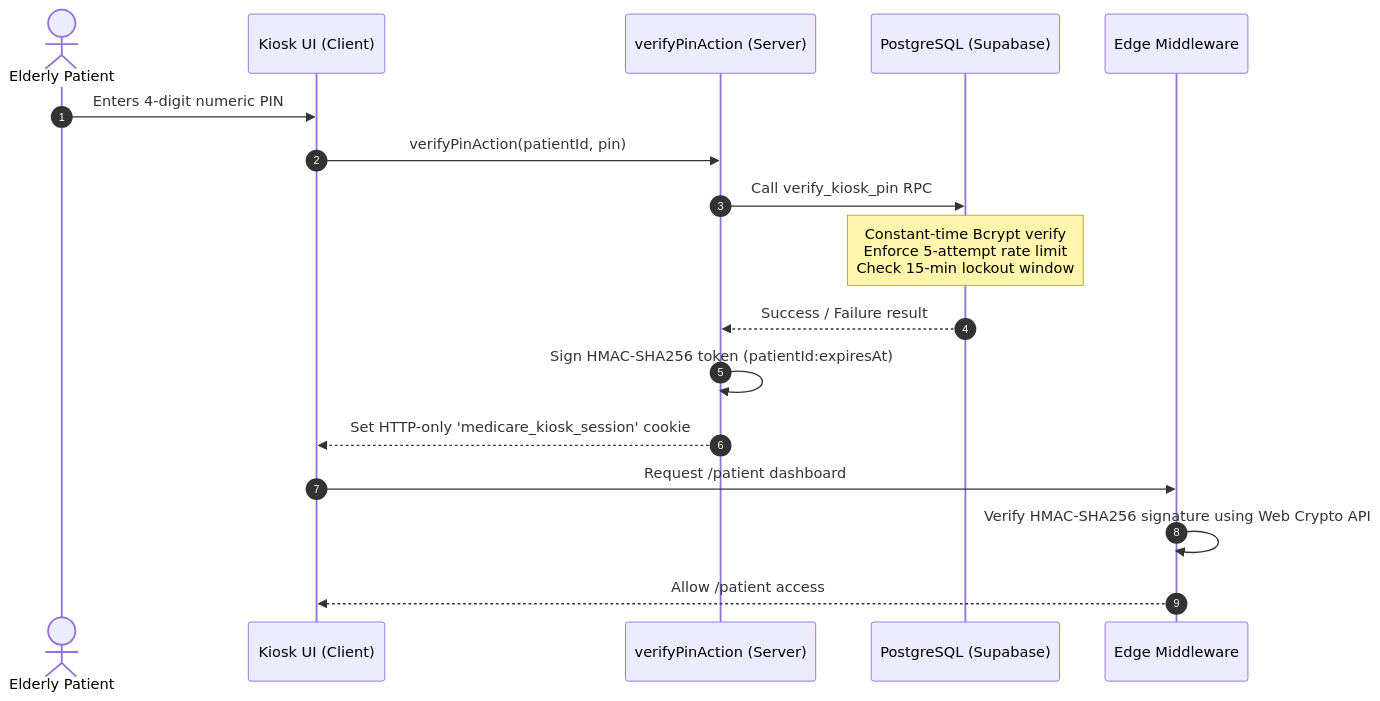
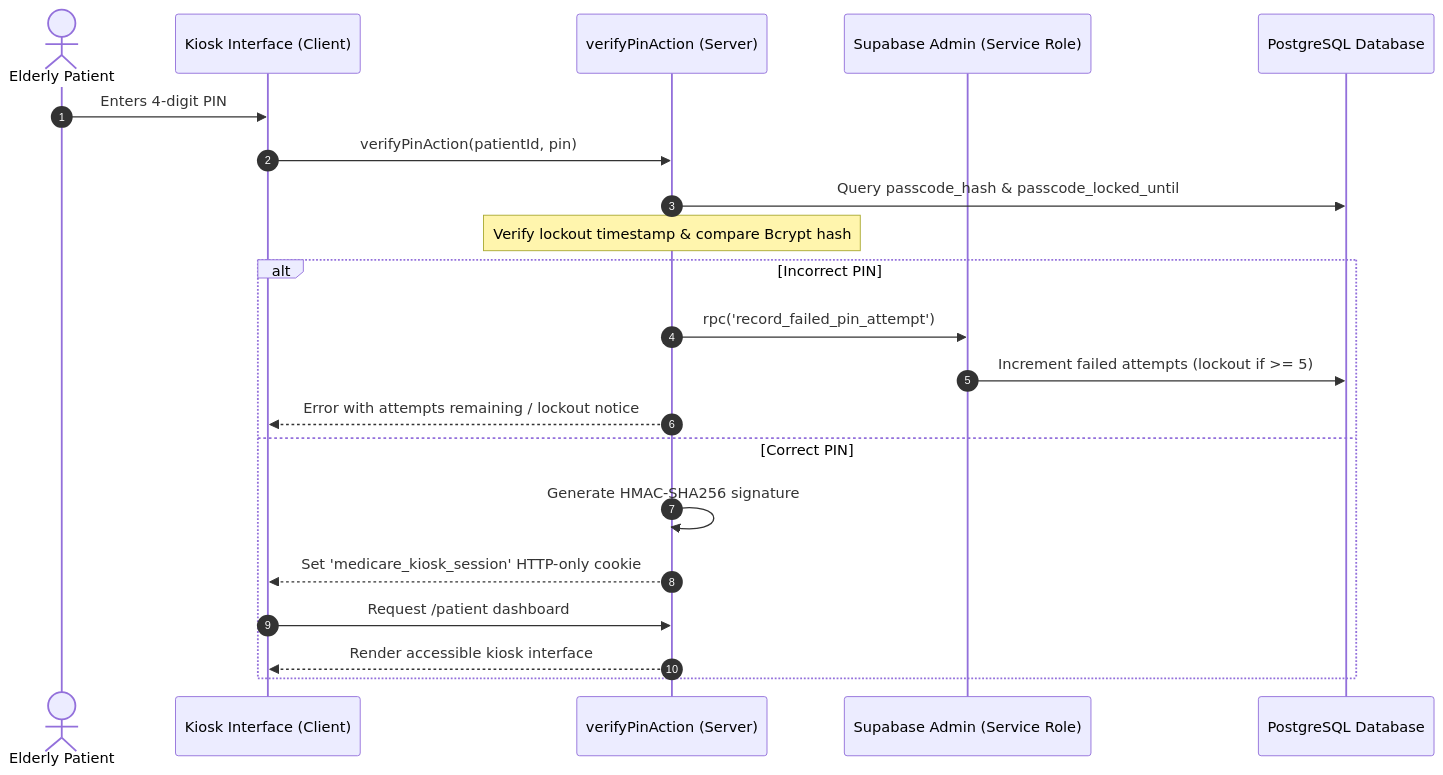
The second of 3 diagrams in docs/ARCHITECTURE.md (2k24cs1k2412828-cloud/medibuddy_xcatalyst), drawn with Mermaid before and after one commit. The commit also changed other lines of this file and 12 other files, not shown here.

````diff
--- a/docs/ARCHITECTURE.md
+++ b/docs/ARCHITECTURE.md
@@ -133,20 +153,24 @@
 ```mermaid
 sequenceDiagram
     autonumber
     actor Patient as Elderly Patient
-    participant Client as Kiosk UI (Client)
+    participant KioskUI as Kiosk Interface (Client)
     participant Action as verifyPinAction (Server)
-    participant DB as PostgreSQL (Supabase)
-    participant Edge as Edge Middleware
+    participant AdminClient as Supabase Admin (Service Role)
+    participant DB as PostgreSQL Database
 
-    Patient->>Client: Enters 4-digit numeric PIN
-    Client->>Action: verifyPinAction(patientId, pin)
-    Action->>DB: Call verify_kiosk_pin RPC
-    Note over DB: Constant-time Bcrypt verify<br/>Enforce 5-attempt rate limit<br/>Check 15-min lockout window
-    DB-->>Action: Success / Failure result
-    Action->>Action: Sign HMAC-SHA256 token (patientId:expiresAt)
-    Action-->>Client: Set HTTP-only 'medicare_kiosk_session' cookie
-    Client->>Edge: Request /patient dashboard
-    Edge->>Edge: Verify HMAC-SHA256 signature using Web Crypto API
-    Edge-->>Client: Allow /patient access
+    Patient->>KioskUI: Enters 4-digit PIN
+    KioskUI->>Action: verifyPinAction(patientId, pin)
+    Action->>DB: Query passcode_hash & passcode_locked_until
+    Note over Action: Verify lockout timestamp & compare Bcrypt hash
+    alt Incorrect PIN
+        Action->>AdminClient: rpc('record_failed_pin_attempt')
+        AdminClient->>DB: Increment failed attempts (lockout if >= 5)
+        Action-->>KioskUI: Error with attempts remaining / lockout notice
+    else Correct PIN
+        Action->>Action: Generate HMAC-SHA256 signature
+        Action-->>KioskUI: Set 'medicare_kiosk_session' HTTP-only cookie
+        KioskUI->>Action: Request /patient dashboard
+        Action-->>KioskUI: Render accessible kiosk interface
+    end
 ```
````
